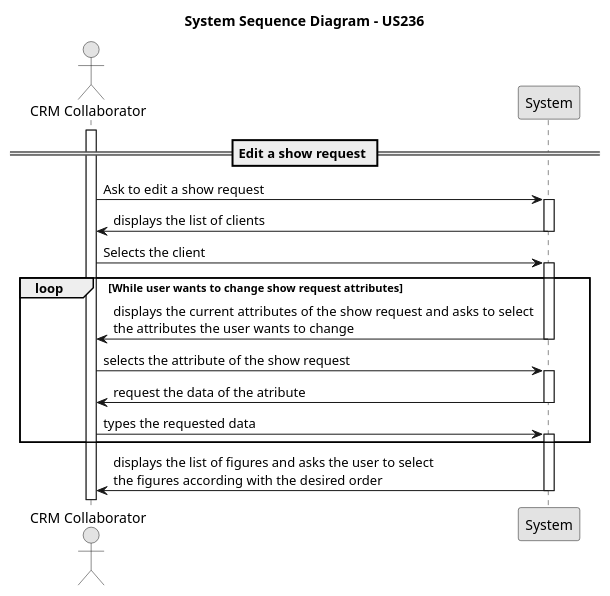
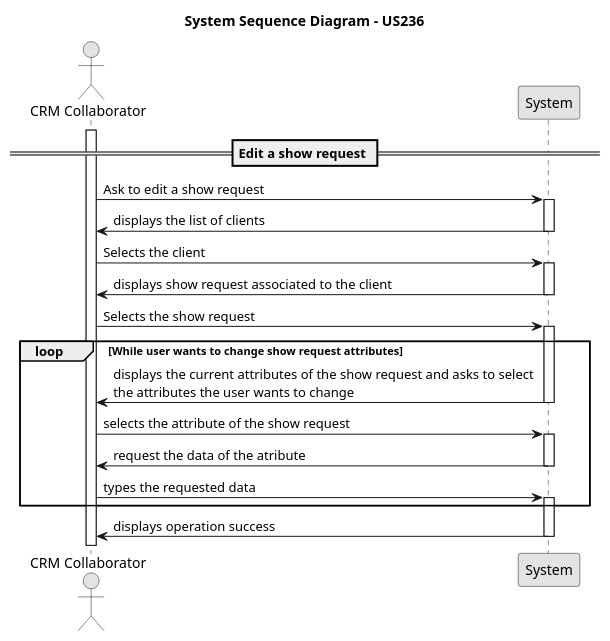
One commit to rubenFreitas1/ISEP-LAPR4-2024-2025 changed the diagram in docs/Sprint2/us_236/diagrams/system-sequence-diagram-US236.puml. Above: the diagram before and after it, drawn with PlantUML. The commit also changed 1 other file, not shown here.

Commit message:
made small chages to US236 system sequence diagram #206

```diff
--- a/docs/Sprint2/us_236/diagrams/system-sequence-diagram-US236.puml
+++ b/docs/Sprint2/us_236/diagrams/system-sequence-diagram-US236.puml
@@ -1,40 +1,46 @@
 @startuml
 skinparam monochrome true
 skinparam packageStyle rectangle
 skinparam shadowing false
 
 actor "CRM Collaborator" as crmCollaborator
 participant "System" as system
 
 title System Sequence Diagram - US236
 
  == Edit a show request ==
  activate crmCollaborator
 
      crmCollaborator -> system : Ask to edit a show request
      activate system
 
          system -> crmCollaborator : displays the list of clients
      deactivate system
 
      crmCollaborator -> system : Selects the client
      activate system
 
+          system -> crmCollaborator : displays show request associated to the client
+     deactivate system
+
+     crmCollaborator -> system : Selects the show request
+     activate system
+
           loop While user wants to change show request attributes
           system -> crmCollaborator : displays the current attributes of the show request and asks to select \nthe attributes the user wants to change
      deactivate system
 
      crmCollaborator -> system : selects the attribute of the show request
      activate system
 
         system -> crmCollaborator : request the data of the atribute
      deactivate system
 
      crmCollaborator -> system: types the requested data
      activate system
 
          end
-         system -> crmCollaborator : displays the list of figures and asks the user to select \nthe figures according with the desired order
+         system -> crmCollaborator : displays operation success
      deactivate system
 
  @enduml
```
